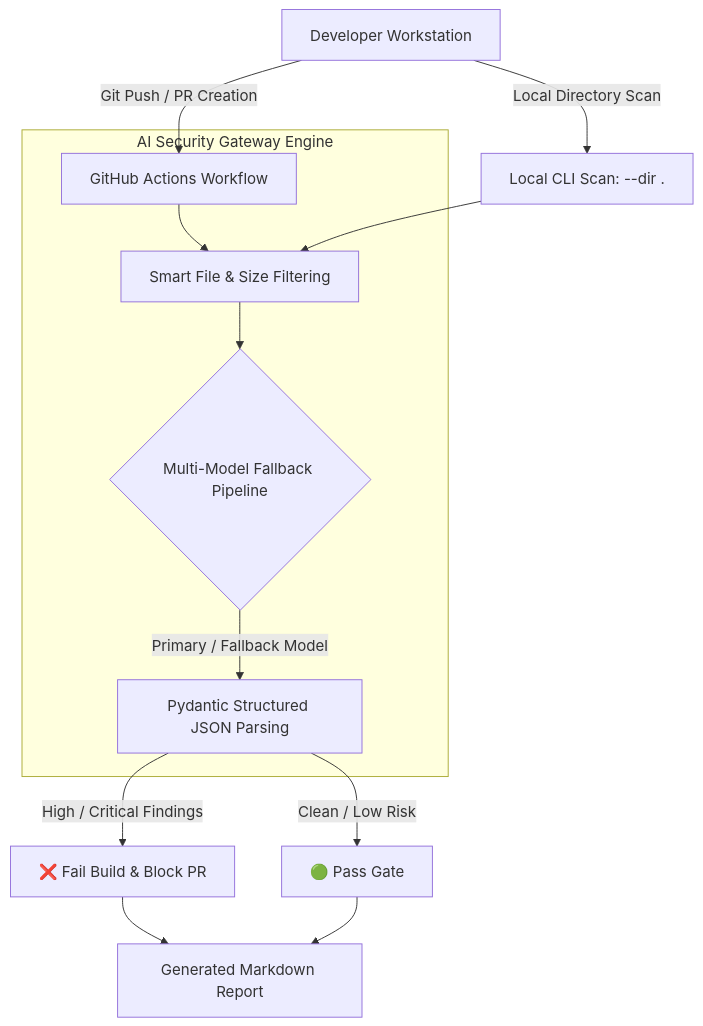
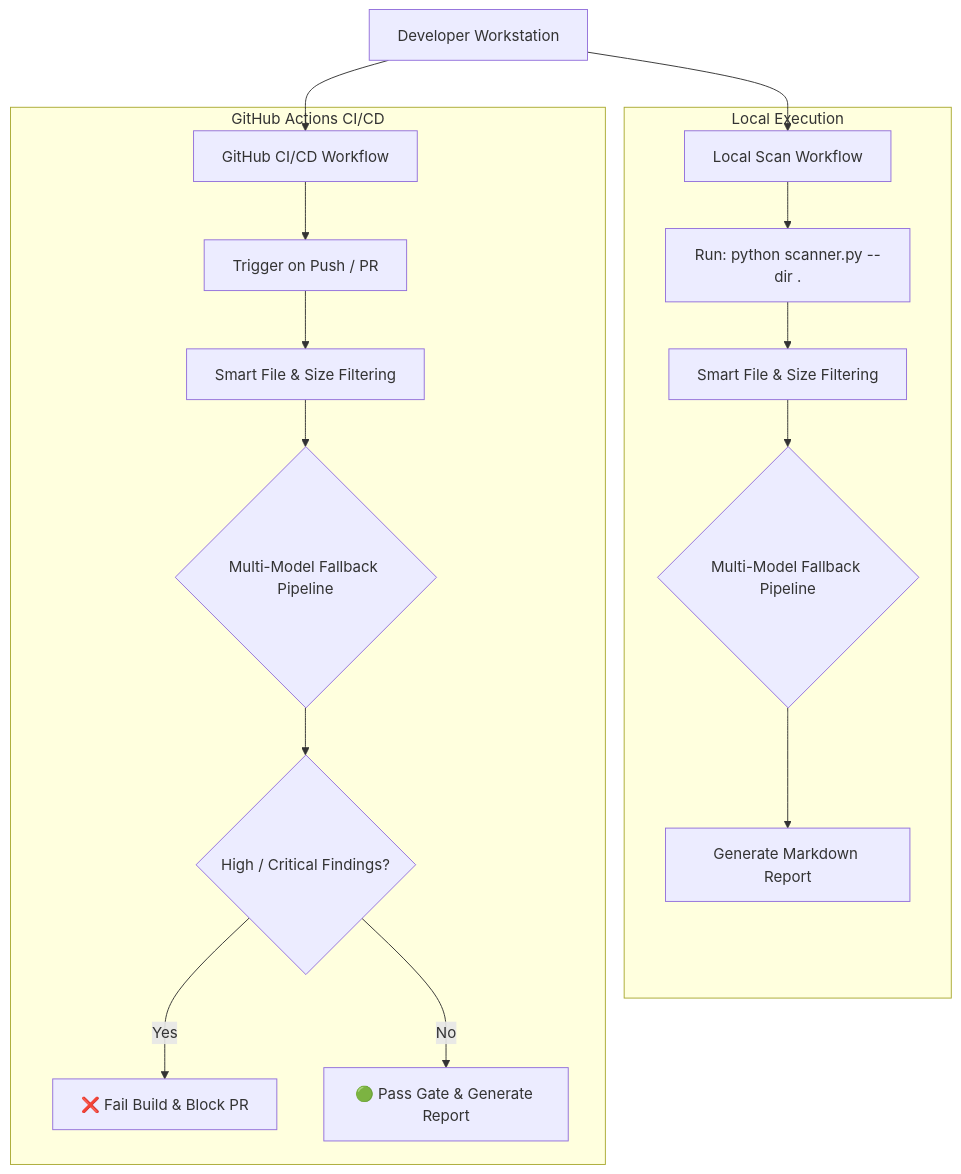
Before and after one commit to donaldlew/Ai-Scanner: the diagram in README.md, drawn with Mermaid.

````diff
--- a/README.md
+++ b/README.md
@@ -15,20 +15,22 @@
 ```mermaid
 graph TD
-    Dev[Developer Workstation] -->|Local Directory Scan| LocalScan[Local CLI Scan: --dir .]
-    Dev -->|Git Push / PR Creation| CI[GitHub Actions Workflow]
+    Dev[Developer Workstation] --> Local[Local Scan Workflow]
+    Dev --> GitHub[GitHub CI/CD Workflow]
 
-    subgraph "AI Security Gateway Engine"
-        CI --> Filter[Smart File & Size Filtering]
-        Filter --> LLM{Multi-Model Fallback Pipeline}
-        LLM -->|Primary / Fallback Model| Parse[Pydantic Structured JSON Parsing]
+    subgraph "Local Execution"
+        Local --> LocalCLI[Run: python scanner.py --dir .]
+        LocalCLI --> LocalFilter[Smart File & Size Filtering]
+        LocalFilter --> LocalLLM{Multi-Model Fallback Pipeline}
+        LocalLLM --> LocalReport[Generate Markdown Report]
     end
 
-    LocalScan --> Filter
-
-    Parse -->|High / Critical Findings| FailGate[❌ Fail Build & Block PR]
-    Parse -->|Clean / Low Risk| PassGate[🟢 Pass Gate]
-
-    FailGate --> Report[Generated Markdown Report]
-    PassGate --> Report
+    subgraph "GitHub Actions CI/CD"
+        GitHub --> GHA[Trigger on Push / PR]
+        GHA --> GHAFilter[Smart File & Size Filtering]
+        GHAFilter --> GHALLM{Multi-Model Fallback Pipeline}
+        GHALLM --> GHAGate{High / Critical Findings?}
+        GHAGate -->|Yes| Fail[❌ Fail Build & Block PR]
+        GHAGate -->|No| Pass[🟢 Pass Gate & Generate Report]
+    end
 
 ```
````
